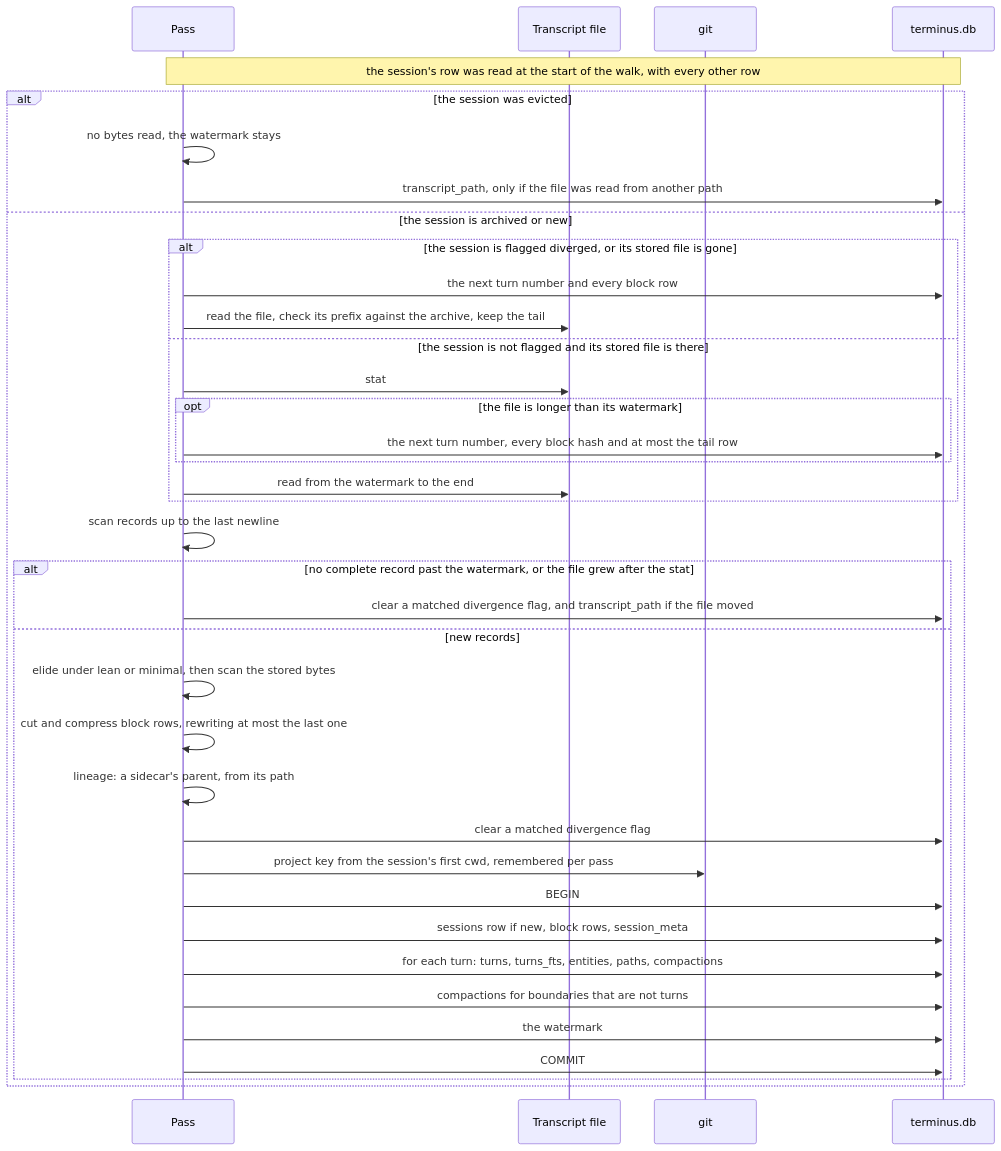
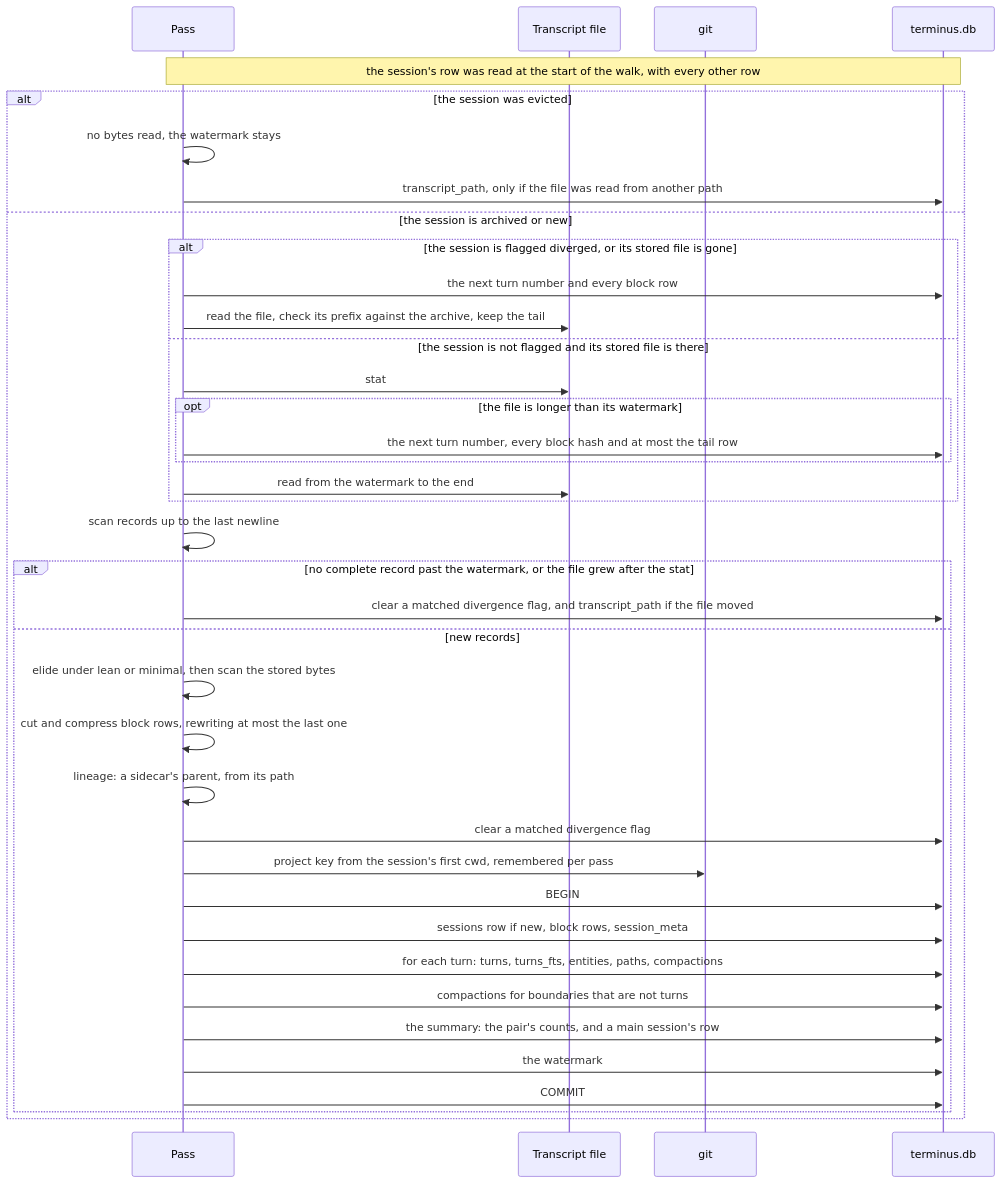
The second of 3 diagrams in docs/design/0003-ingest.md (crenshawdev/terminus), drawn with Mermaid before and after one commit. The commit also changed 1 other file, not shown here.

Commit message:
docs(1-1): describe the summary tables and ingest's write to them
The tables, their columns, what leaves them alone, and the line in one file's
transaction that writes them.

````diff
--- a/docs/design/0003-ingest.md
+++ b/docs/design/0003-ingest.md
@@ -186,39 +186,40 @@
 ```mermaid
 sequenceDiagram
   participant P as Pass
   participant F as Transcript file
   participant G as git
   participant DB as terminus.db
   Note over P,DB: the session's row was read at the start of the walk, with every other row
   alt the session was evicted
     P->>P: no bytes read, the watermark stays
     P->>DB: transcript_path, only if the file was read from another path
   else the session is archived or new
     alt the session is flagged diverged, or its stored file is gone
       P->>DB: the next turn number and every block row
       P->>F: read the file, check its prefix against the archive, keep the tail
     else the session is not flagged and its stored file is there
       P->>F: stat
       opt the file is longer than its watermark
         P->>DB: the next turn number, every block hash and at most the tail row
       end
       P->>F: read from the watermark to the end
     end
     P->>P: scan records up to the last newline
     alt no complete record past the watermark, or the file grew after the stat
       P->>DB: clear a matched divergence flag, and transcript_path if the file moved
     else new records
       P->>P: elide under lean or minimal, then scan the stored bytes
       P->>P: cut and compress block rows, rewriting at most the last one
       P->>P: lineage: a sidecar's parent, from its path
       P->>DB: clear a matched divergence flag
       P->>G: project key from the session's first cwd, remembered per pass
       P->>DB: BEGIN
       P->>DB: sessions row if new, block rows, session_meta
       P->>DB: for each turn: turns, turns_fts, entities, paths, compactions
       P->>DB: compactions for boundaries that are not turns
+      P->>DB: the summary: the pair's counts, and a main session's row
       P->>DB: the watermark
       P->>DB: COMMIT
     end
   end
 ```
````
